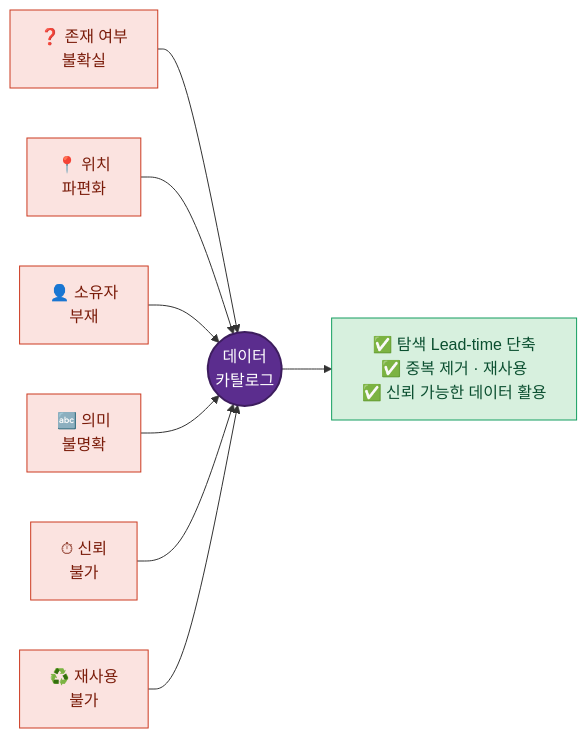
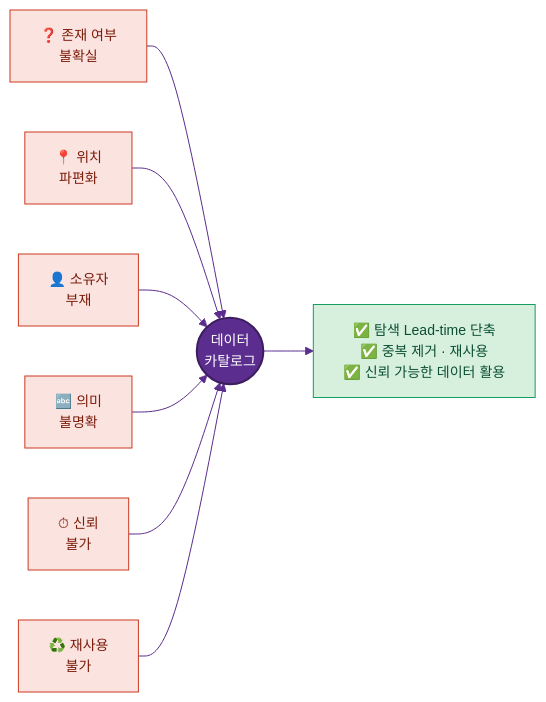
Before and after one commit to innchulchoi/test_20260206: the second of 15 diagrams in data_catalog_manual.md, drawn with Mermaid. The commit also changed other lines of this file, not shown here.

First line of the commit message:
docs: 7.9 기능영역 단위 솔루션 선정 예시 구체화 + Mermaid 가독성 테마 일괄 적용

````diff
--- a/data_catalog_manual.md
+++ b/data_catalog_manual.md
@@ -184,24 +185,25 @@
 ```mermaid
+%%{init: {'theme':'base', 'themeVariables': {'primaryColor':'#EDE7F6','primaryBorderColor':'#5B2D8E','primaryTextColor':'#1A1A1A','lineColor':'#5B2D8E','clusterBkg':'#F6F3FB','clusterBorder':'#8E63CE','fontSize':'14px'}}}%%
 flowchart LR
     P1["❓ 존재 여부<br/>불확실"]:::pain
     P2["📍 위치<br/>파편화"]:::pain
     P3["👤 소유자<br/>부재"]:::pain
     P4["🔤 의미<br/>불명확"]:::pain
     P5["⏱ 신뢰<br/>불가"]:::pain
     P6["♻️ 재사용<br/>불가"]:::pain
 
     CAT(("데이터<br/>카탈로그")):::cat
 
     P1 --> CAT
     P2 --> CAT
     P3 --> CAT
     P4 --> CAT
     P5 --> CAT
     P6 --> CAT
 
     CAT --> R["✅ 탐색 Lead-time 단축<br/>✅ 중복 제거 · 재사용<br/>✅ 신뢰 가능한 데이터 활용"]:::good
 
     classDef pain fill:#FBE3E0,stroke:#CC3A21,color:#7a1c0a;
     classDef cat fill:#5B2D8E,color:#fff,stroke:#3d1d5e,stroke-width:2px;
     classDef good fill:#D7F0DE,stroke:#149E60,color:#0b4f30;
 ```
````
